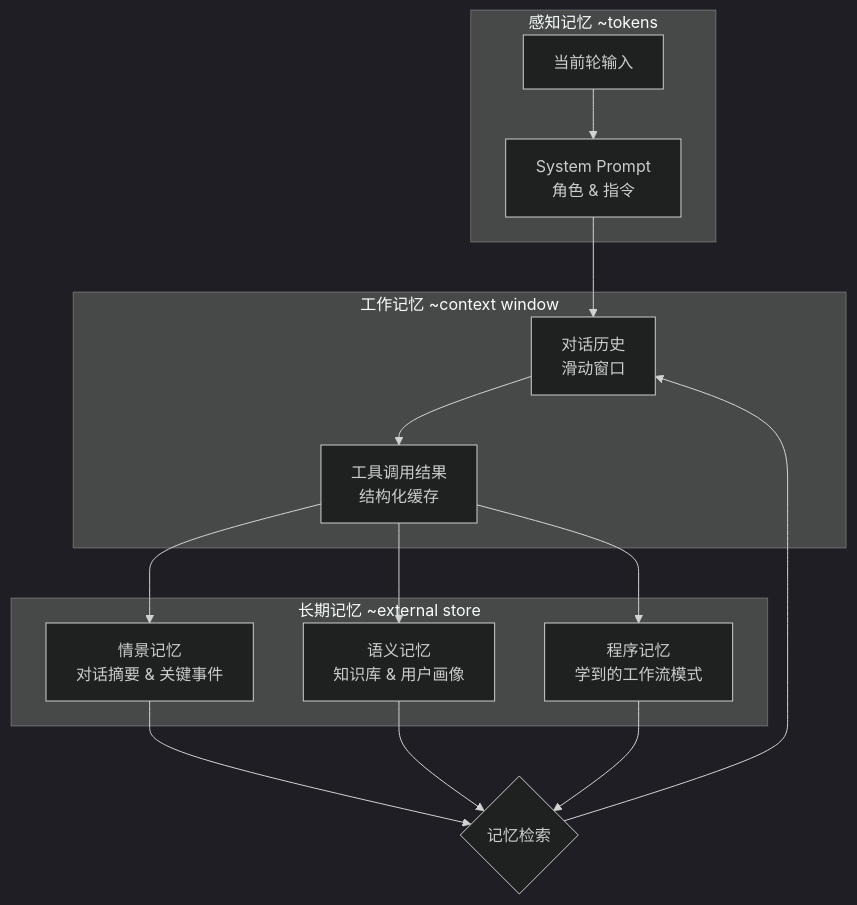
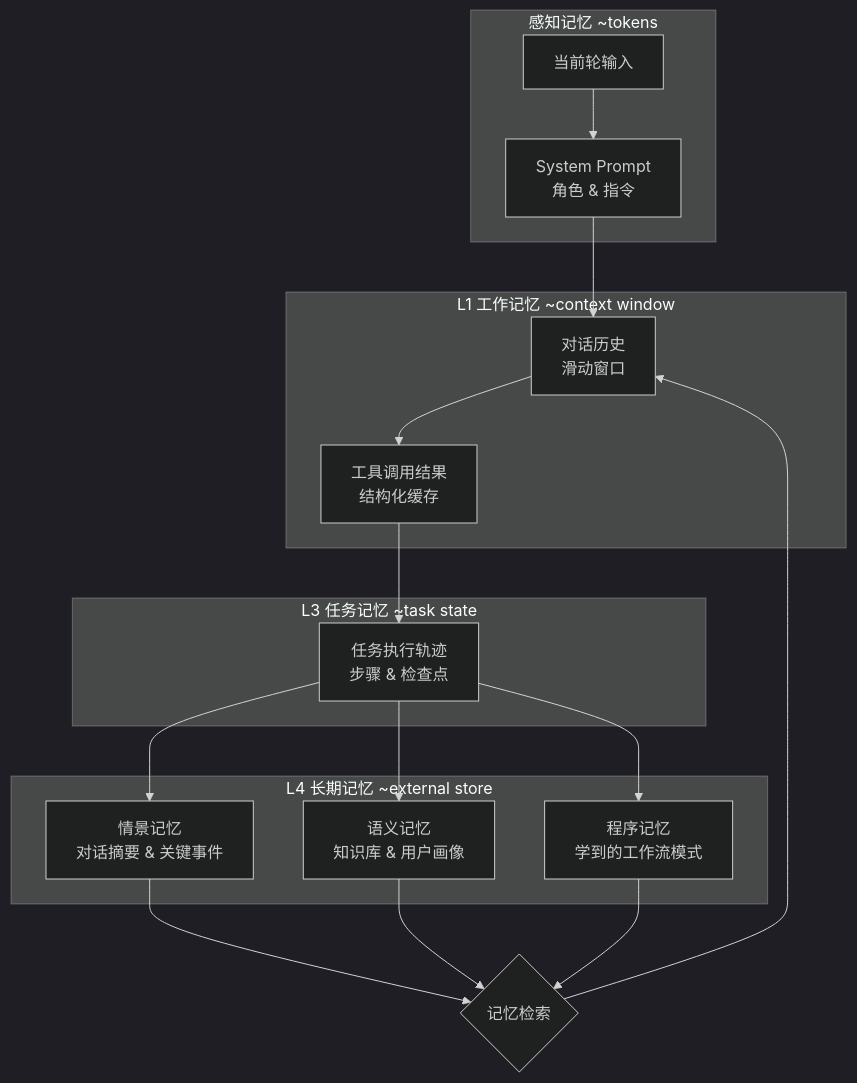
One commit to xiaoxiath/ai-agent-engineering changed the fourth of 6 diagrams in chapters/part-03-memory-knowledge/ch07-memory-architecture.md. Above: the diagram before and after it, drawn with Mermaid (dark theme). The commit also changed other lines of this file and 4 other files, not shown here.

````diff
--- a/chapters/part-03-memory-knowledge/ch07-memory-architecture.md
+++ b/chapters/part-03-memory-knowledge/ch07-memory-architecture.md
@@ -160,19 +246,22 @@
 ```mermaid
 flowchart TB
-    subgraph 感知记忆 [感知记忆 ~tokens]
-        A[当前轮输入] --> B[System Prompt<br/>角色 & 指令]
+    subgraph Sensory ["感知记忆 ~tokens"]
+        A[当前轮输入] --> B["System Prompt<br/>角色 & 指令"]
     end
-    subgraph 工作记忆 [工作记忆 ~context window]
-        B --> C[对话历史<br/>滑动窗口]
-        C --> D[工具调用结果<br/>结构化缓存]
+    subgraph Working ["L1 工作记忆 ~context window"]
+        B --> C["对话历史<br/>滑动窗口"]
+        C --> D["工具调用结果<br/>结构化缓存"]
     end
-    subgraph 长期记忆 [长期记忆 ~external store]
-        D --> E[情景记忆<br/>对话摘要 & 关键事件]
-        D --> F[语义记忆<br/>知识库 & 用户画像]
-        D --> G[程序记忆<br/>学到的工作流模式]
+    subgraph Task ["L3 任务记忆 ~task state"]
+        D --> D2["任务执行轨迹<br/>步骤 & 检查点"]
+    end
+    subgraph LongTerm ["L4 长期记忆 ~external store"]
+        D2 --> E["情景记忆<br/>对话摘要 & 关键事件"]
+        D2 --> F["语义记忆<br/>知识库 & 用户画像"]
+        D2 --> G["程序记忆<br/>学到的工作流模式"]
     end
     E --> H{记忆检索}
     F --> H
     G --> H
     H --> C
 ```
````
